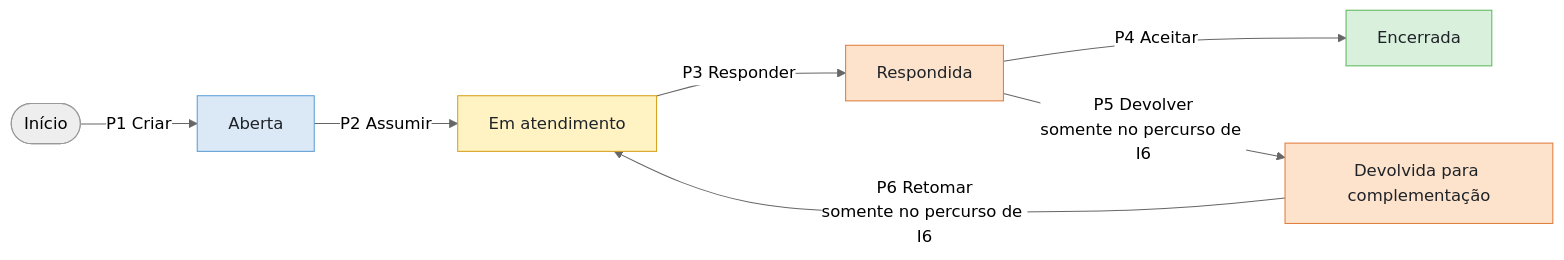
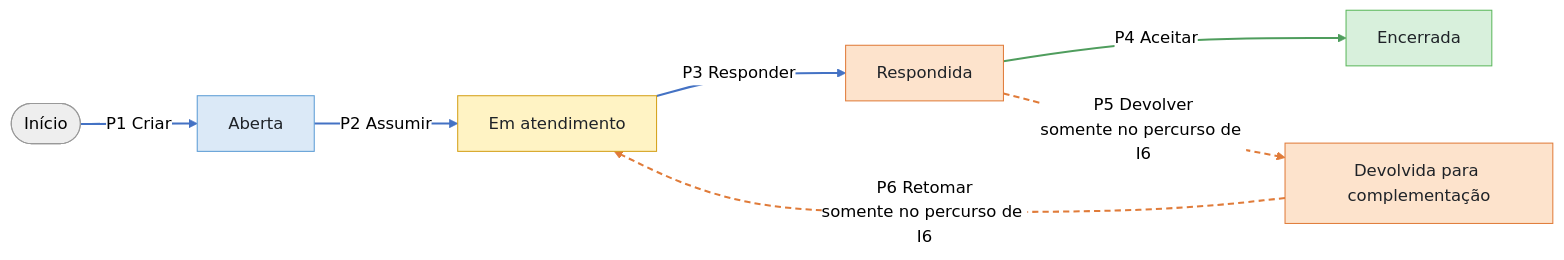
One commit to ailtonfv/governanca-lgpd-hortolandia changed the ninth of 11 diagrams in docs/arquitetura/MAPA_M1a.md. Above: the diagram before and after it, drawn with Mermaid (neutral theme). The commit also changed other lines of this file, not shown here.

````diff
--- a/docs/arquitetura/MAPA_M1a.md
+++ b/docs/arquitetura/MAPA_M1a.md
@@ -346,15 +433,18 @@
 ```mermaid
 flowchart LR
     N([Início]) -- "P1 Criar" --> A["Aberta"]
     A -- "P2 Assumir" --> E["Em atendimento"]
     E -- "P3 Responder" --> R["Respondida"]
     R -- "P4 Aceitar" --> C["Encerrada"]
     R -- "P5 Devolver<br/>somente no percurso de I6" --> D["Devolvida para complementação"]
     D -- "P6 Retomar<br/>somente no percurso de I6" --> E
 
     style A fill:#dbe9f7,stroke:#5b9bd5,color:#1f2328
     style E fill:#fff3c4,stroke:#d4a017,color:#1f2328
     style R fill:#fde3cc,stroke:#e07b39,color:#1f2328
     style D fill:#fde3cc,stroke:#e07b39,color:#1f2328
     style C fill:#d8f0dc,stroke:#5cb85c,color:#1f2328
+    linkStyle 0,1,2 stroke:#4472c4,stroke-width:2px
+    linkStyle 3 stroke:#4f9d5d,stroke-width:2px
+    linkStyle 4,5 stroke:#e07b39,stroke-width:2px,stroke-dasharray:6 4
 ```
````
